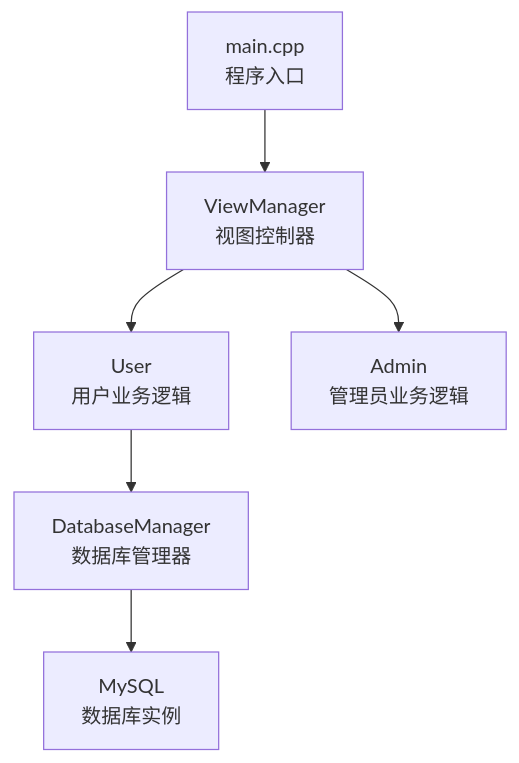
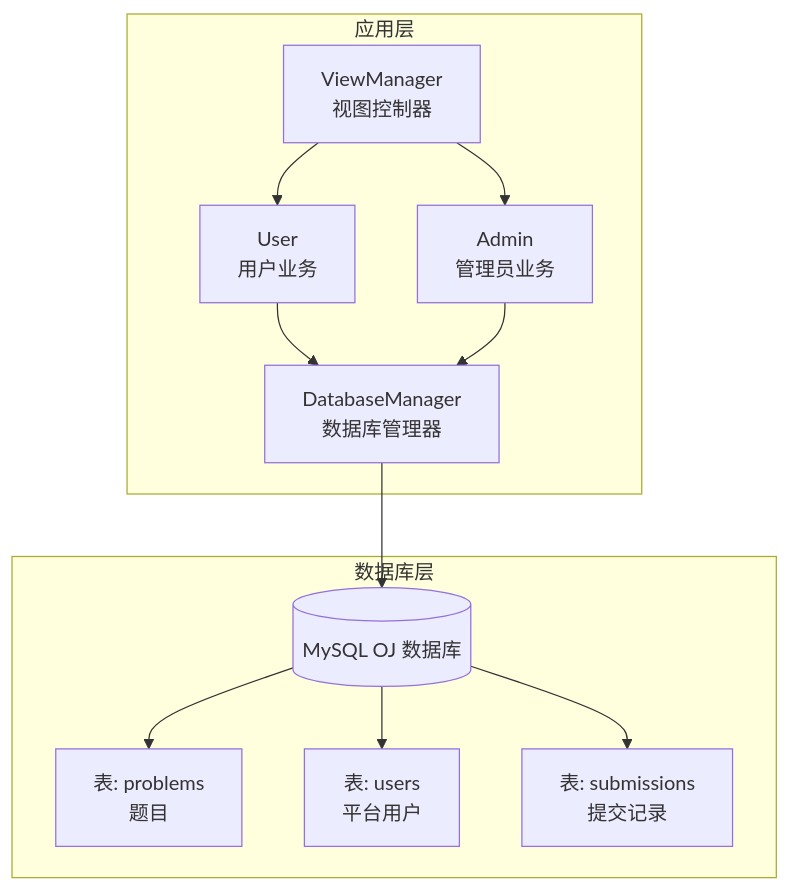
The first of 4 diagrams in .qoder/repowiki/zh/content/数据库设计.md (jinpeng900/OJ-Test), drawn with Mermaid before and after one commit. The commit also changed other lines of this file and 147 other files, not shown here.

````diff
--- a/.qoder/repowiki/zh/content/数据库设计.md
+++ b/.qoder/repowiki/zh/content/数据库设计.md
@@ -35,8 +36,23 @@
 ```mermaid
 graph TB
-A["main.cpp<br/>程序入口"] --> B["ViewManager<br/>视图控制器"]
-B --> C["User<br/>用户业务逻辑"]
-C --> D["DatabaseManager<br/>数据库管理器"]
-D --> E["MySQL<br/>数据库实例"]
-B --> F["Admin<br/>管理员业务逻辑"]
+subgraph "应用层"
+VM["ViewManager<br/>视图控制器"]
+U["User<br/>用户业务"]
+A["Admin<br/>管理员业务"]
+DM["DatabaseManager<br/>数据库管理器"]
+end
+subgraph "数据库层"
+DB[("MySQL OJ 数据库")]
+T_PROBS["表: problems<br/>题目"]
+T_USERS["表: users<br/>平台用户"]
+T_SUBS["表: submissions<br/>提交记录"]
+end
+VM --> U
+VM --> A
+U --> DM
+A --> DM
+DM --> DB
+DB --> T_PROBS
+DB --> T_USERS
+DB --> T_SUBS
 ```
````
